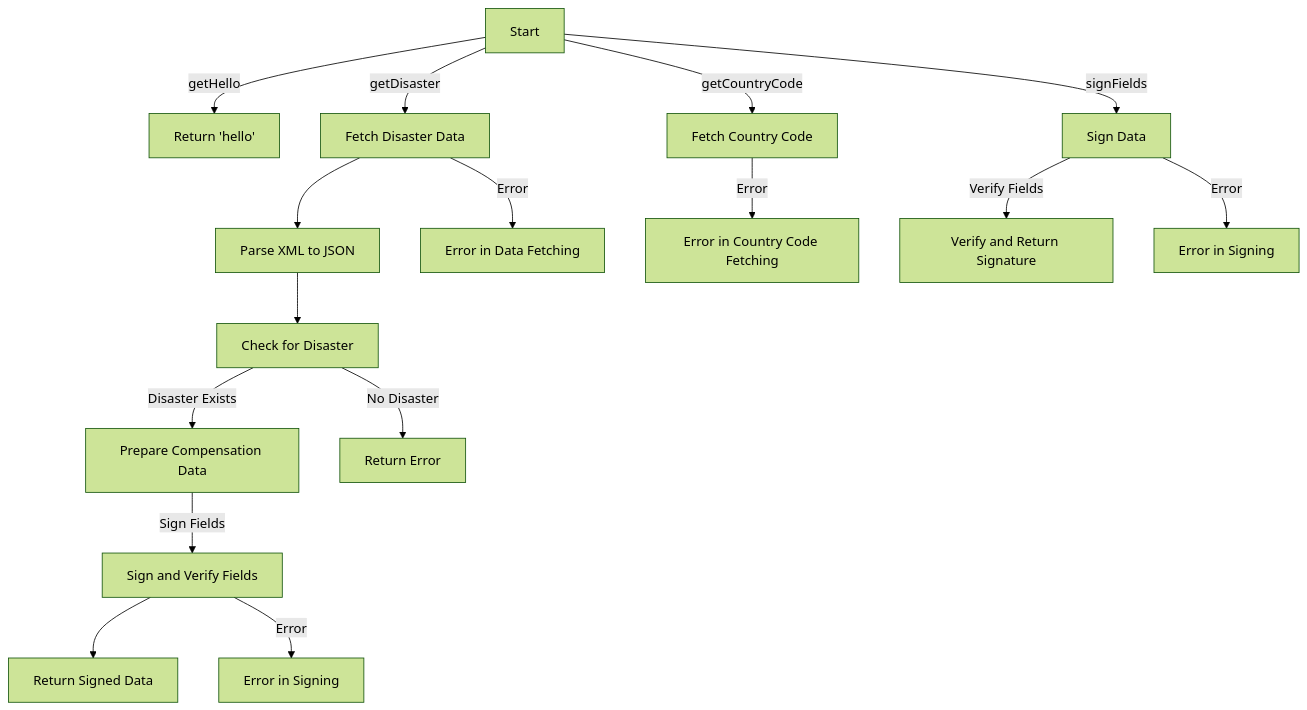
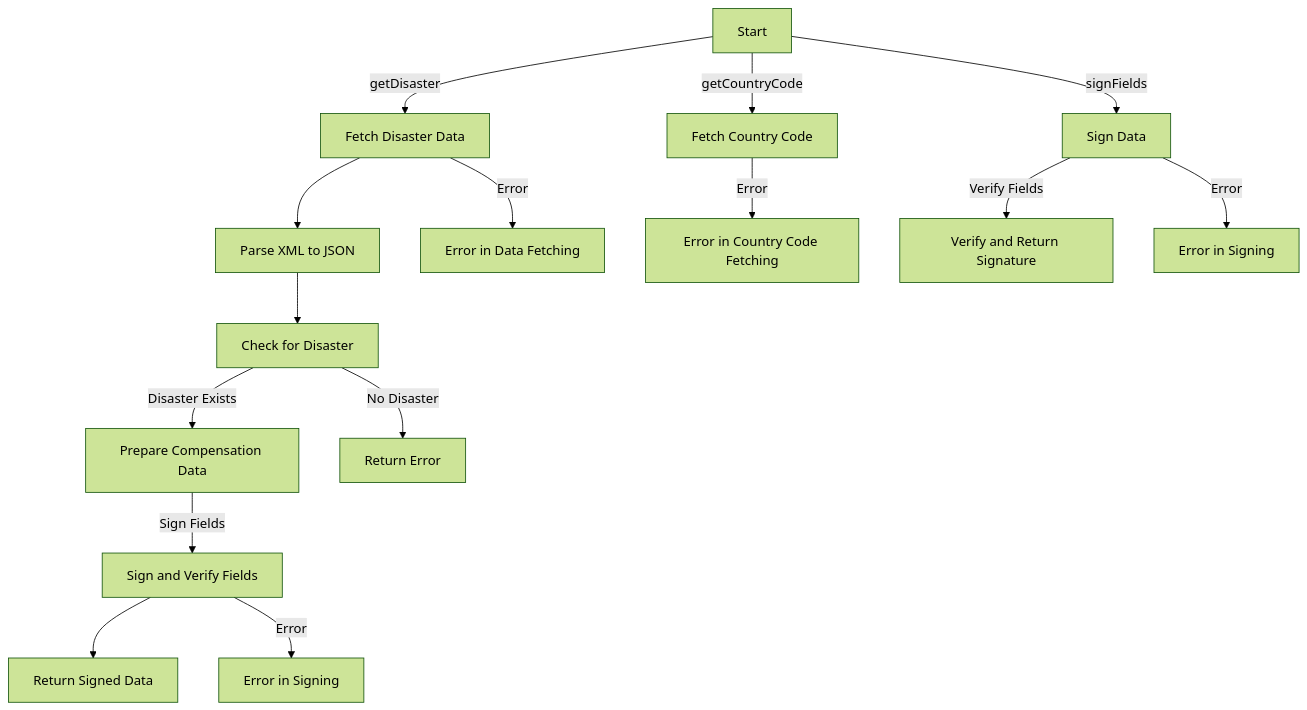
One commit to zguesmi/PRENDICO changed the second of 5 diagrams in README.md. Above: the diagram before and after it, drawn with Mermaid (forest theme).

Commit message:
update disaster uml

````diff
--- a/README.md
+++ b/README.md
@@ -48,21 +48,20 @@
 ```mermaid
 graph TD
-    A[Start] -->|getHello| B[Return 'hello']
-    A -->|getDisaster| C[Fetch Disaster Data]
+    A[Start] -->|getDisaster| C[Fetch Disaster Data]
     C --> D[Parse XML to JSON]
     D --> E[Check for Disaster]
     E -->|Disaster Exists| F[Prepare Compensation Data]
     E -->|No Disaster| G[Return Error]
     F -->|Sign Fields| H[Sign and Verify Fields]
     H --> I[Return Signed Data]
     C -->|Error| J[Error in Data Fetching]
     H -->|Error| K[Error in Signing]
 
     A -->|getCountryCode| L[Fetch Country Code]
     L -->|Error| M[Error in Country Code Fetching]
 
     A -->|signFields| N[Sign Data]
     N -->|Verify Fields| O[Verify and Return Signature]
     N -->|Error| P[Error in Signing]
 
 ```
````
